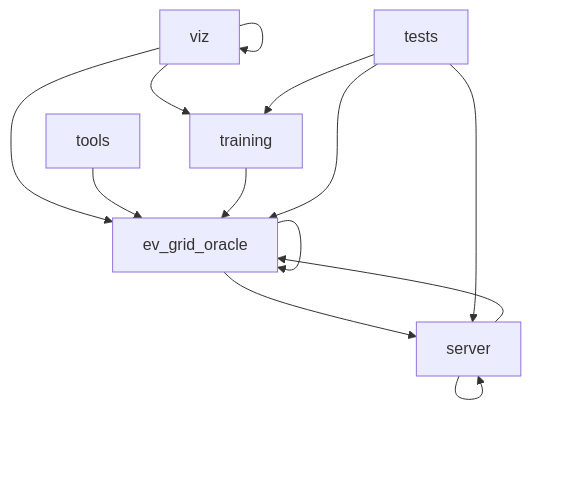
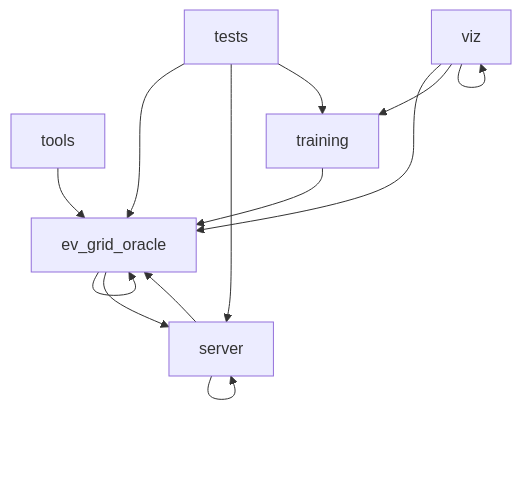
One commit to NITISH-R-G/ev-grid-oracle changed the diagram in artifacts/architecture_graph.md. Above: the diagram before and after it, drawn with Mermaid. The commit also changed other lines of this file and 88 other files, not shown here.

````diff
--- a/artifacts/architecture_graph.md
+++ b/artifacts/architecture_graph.md
@@ -3,15 +3,15 @@
 ```mermaid
 graph TD
+    tools --> ev_grid_oracle
+    training --> ev_grid_oracle
+    server --> ev_grid_oracle
+    server --> server
+    tests --> ev_grid_oracle
+    tests --> server
+    tests --> training
+    ev_grid_oracle --> ev_grid_oracle
+    ev_grid_oracle --> server
+    viz --> ev_grid_oracle
     viz --> training
     viz --> viz
-    viz --> ev_grid_oracle
-    server --> server
-    server --> ev_grid_oracle
-    ev_grid_oracle --> server
-    ev_grid_oracle --> ev_grid_oracle
-    tools --> ev_grid_oracle
-    training --> ev_grid_oracle
-    tests --> server
-    tests --> training
-    tests --> ev_grid_oracle
 ```
````
